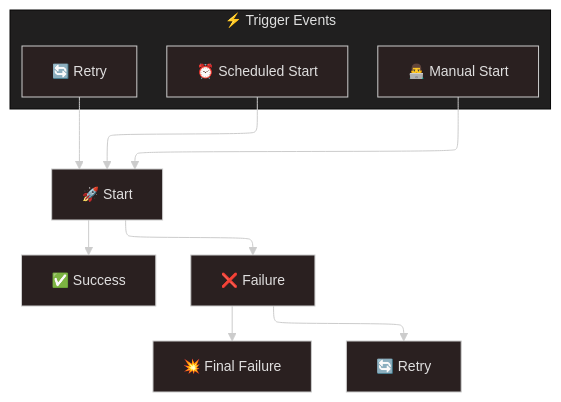
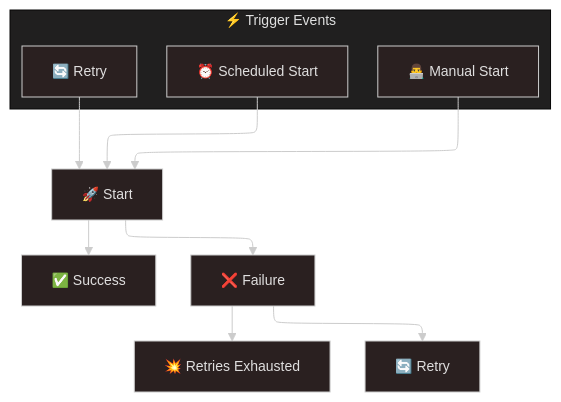
The first of 15 diagrams in refresh-retry/chaos/diagrams.md (vbarbarosh/workflows), drawn with Mermaid before and after one commit. The commit also changed other lines of this file, not shown here.

Commit message:
rename Final Failure -> Retries Exhausted

````diff
--- a/refresh-retry/chaos/diagrams.md
+++ b/refresh-retry/chaos/diagrams.md
@@ -3,26 +3,26 @@
 ```mermaid
 ---
 config:
   layout: elk
   theme: neo-dark
 ---
 flowchart TD
 
     subgraph s1["⚡ Trigger Events"]
         ManualStart["👨‍💻 Manual Start"]
         ScheduleStart["⏰ Scheduled Start"]
         Retry["🔄 Retry"]
     end
 
     Start["🚀 Start"]
     Success["✅ Success"]
     Failure["❌ Failure"]
-    FinalFailure["💥 Final Failure"]
+    RetriesExhausted["💥 Retries Exhausted"]
 
     ManualStart --> Start
     ScheduleStart --> Start
     Failure --> Retry2["🔄 Retry"]
     Retry --> Start
     Start --> Success
-    Start --> Failure --> FinalFailure
+    Start --> Failure --> RetriesExhausted
 ```
````
